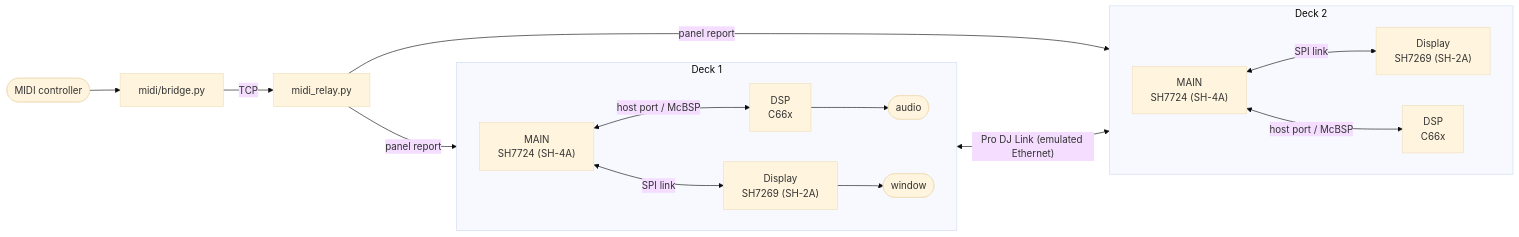
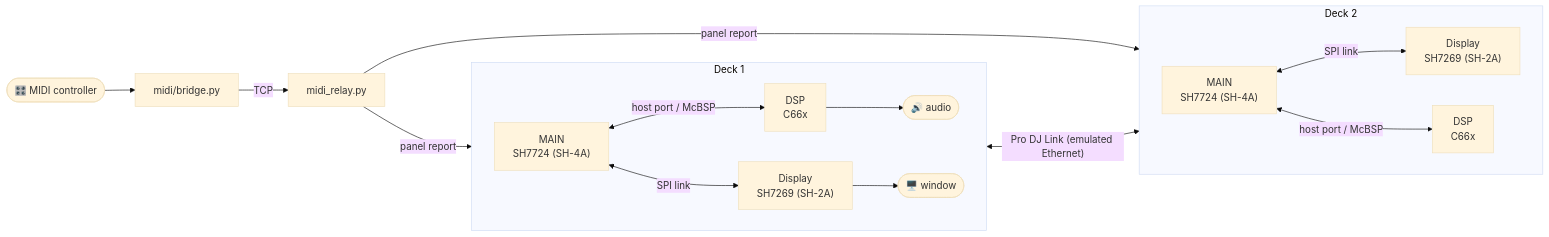
The diagram in README.md (Stijn-Jacobs/cdj-nxs2-qemu), drawn with Mermaid (base theme) before and after one commit. The commit also changed other lines of this file, not shown here.

````diff
--- a/README.md
+++ b/README.md
@@ -690,18 +691,18 @@
 ```mermaid
 flowchart LR
     subgraph deck1["Deck 1"]
         direction LR
         MAIN1["MAIN<br/>SH7724 (SH-4A)"] <-- "SPI link" --> GUI1["Display<br/>SH7269 (SH-2A)"]
         MAIN1 <-- "host port / McBSP" --> DSP1["DSP<br/>C66x"]
-        DSP1 --> AUDIO1(["audio"])
-        GUI1 --> WIN1(["window"])
+        DSP1 --> AUDIO1(["🔊 audio"])
+        GUI1 --> WIN1(["🖥️ window"])
     end
     subgraph deck2["Deck 2"]
         direction LR
         MAIN2["MAIN<br/>SH7724 (SH-4A)"] <-- "SPI link" --> GUI2["Display<br/>SH7269 (SH-2A)"]
         MAIN2 <-- "host port / McBSP" --> DSP2["DSP<br/>C66x"]
     end
     MAIN1 <-- "Pro DJ Link (emulated Ethernet)" --> MAIN2
-    CTRL(["MIDI controller"]) --> BRIDGE["midi/bridge.py"] -- TCP --> RELAY["midi_relay.py"] -- "panel report" --> MAIN1
+    CTRL(["🎛️ MIDI controller"]) --> BRIDGE["midi/bridge.py"] -- TCP --> RELAY["midi_relay.py"] -- "panel report" --> MAIN1
     RELAY -- "panel report" --> MAIN2
 ```
````
